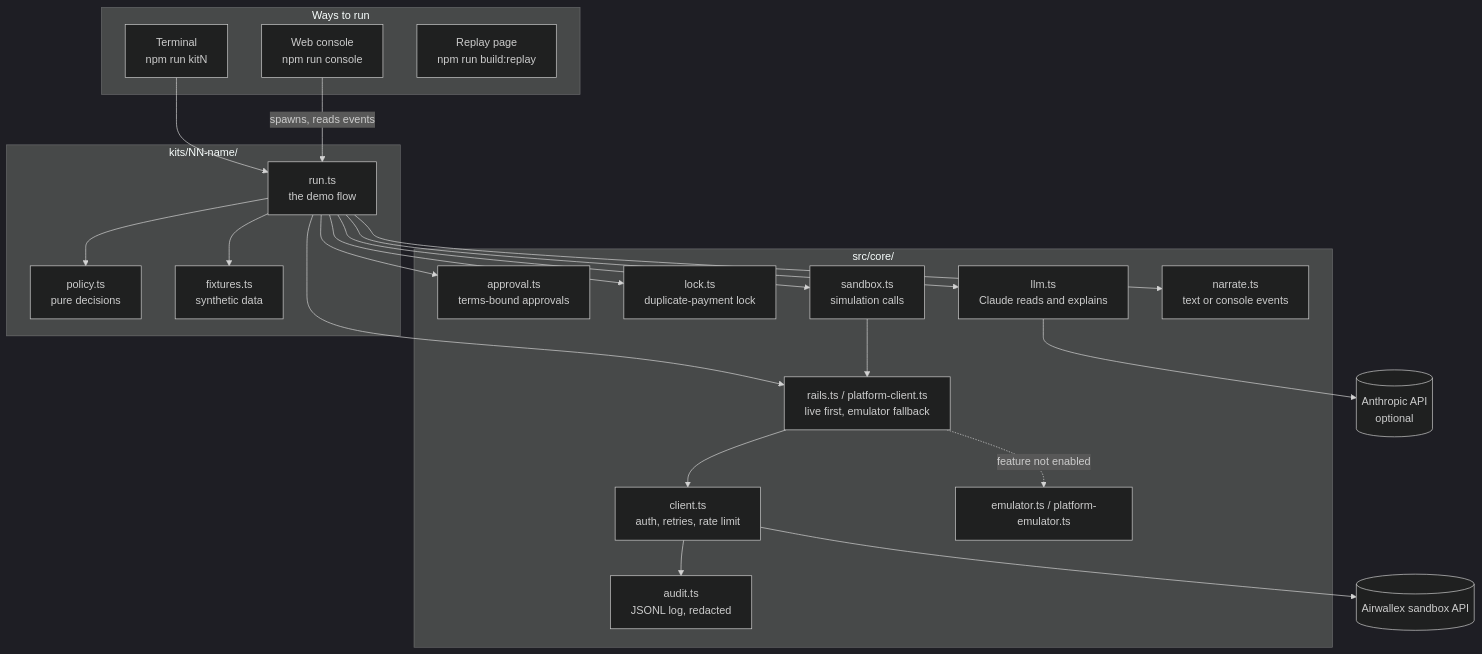
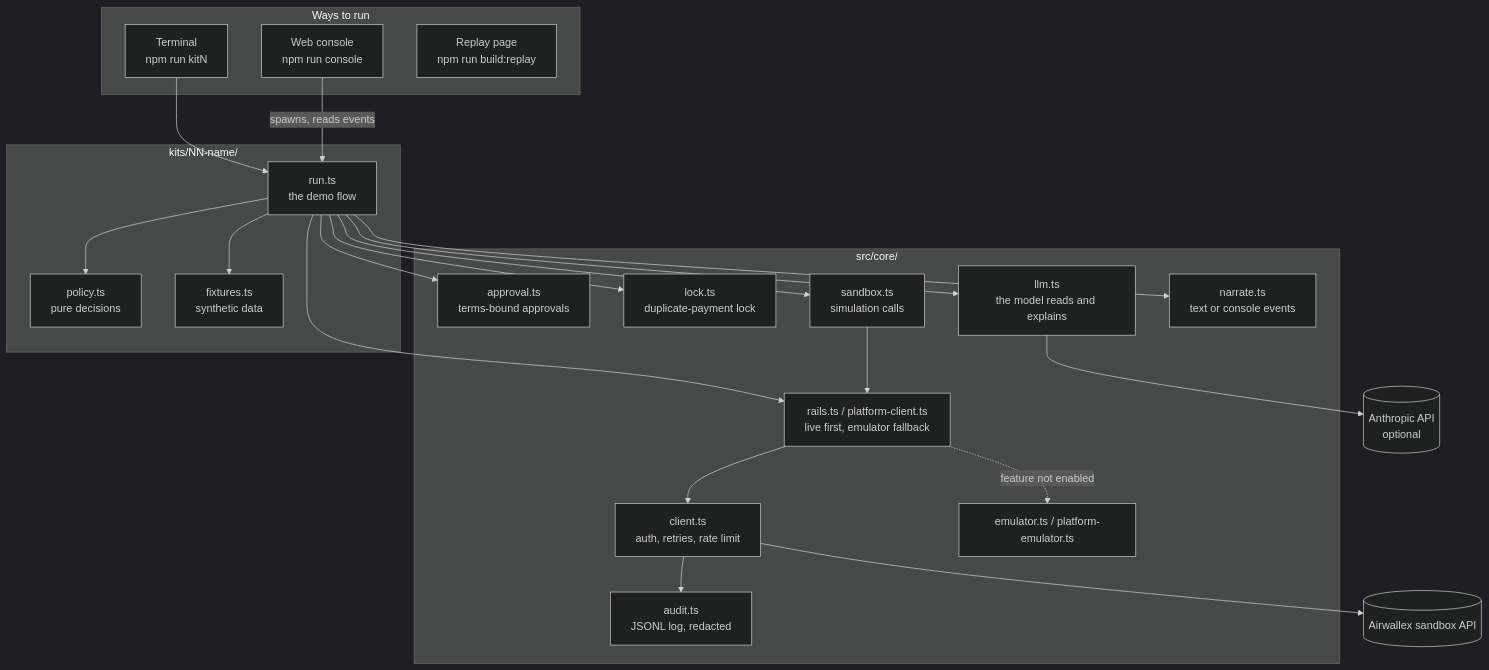
The first of 2 diagrams in docs/ARCHITECTURE.md (Rokit12/airwallex), drawn with Mermaid (dark theme) before and after one commit. The commit also changed other lines of this file and 19 other files, not shown here.

````diff
--- a/docs/ARCHITECTURE.md
+++ b/docs/ARCHITECTURE.md
@@ -7,41 +7,41 @@
 ```mermaid
 flowchart TB
   subgraph UI["Ways to run"]
     T["Terminal<br/>npm run kitN"]
     C["Web console<br/>npm run console"]
     R["Replay page<br/>npm run build:replay"]
   end
 
   subgraph KIT["kits/NN-name/"]
     RUN["run.ts<br/>the demo flow"]
     POL["policy.ts<br/>pure decisions"]
     FIX["fixtures.ts<br/>synthetic data"]
   end
 
   subgraph CORE["src/core/"]
     CL["client.ts<br/>auth, retries, rate limit"]
     RA["rails.ts / platform-client.ts<br/>live first, emulator fallback"]
     EM["emulator.ts / platform-emulator.ts"]
     AP["approval.ts<br/>terms-bound approvals"]
     LK["lock.ts<br/>duplicate-payment lock"]
     SB["sandbox.ts<br/>simulation calls"]
-    LLM["llm.ts<br/>Claude reads and explains"]
+    LLM["llm.ts<br/>the model reads and explains"]
     AU["audit.ts<br/>JSONL log, redacted"]
     NA["narrate.ts<br/>text or console events"]
   end
 
   AWX[("Airwallex sandbox API")]
   ANT[("Anthropic API<br/>optional")]
 
   T --> RUN
   C -- "spawns, reads events" --> RUN
   RUN --> POL
   RUN --> FIX
   RUN --> AP & LK & SB & LLM & NA
   RUN --> RA
   RA --> CL --> AWX
   RA -. "feature not enabled" .-> EM
   SB --> RA
   LLM --> ANT
   CL --> AU
 ```
````
